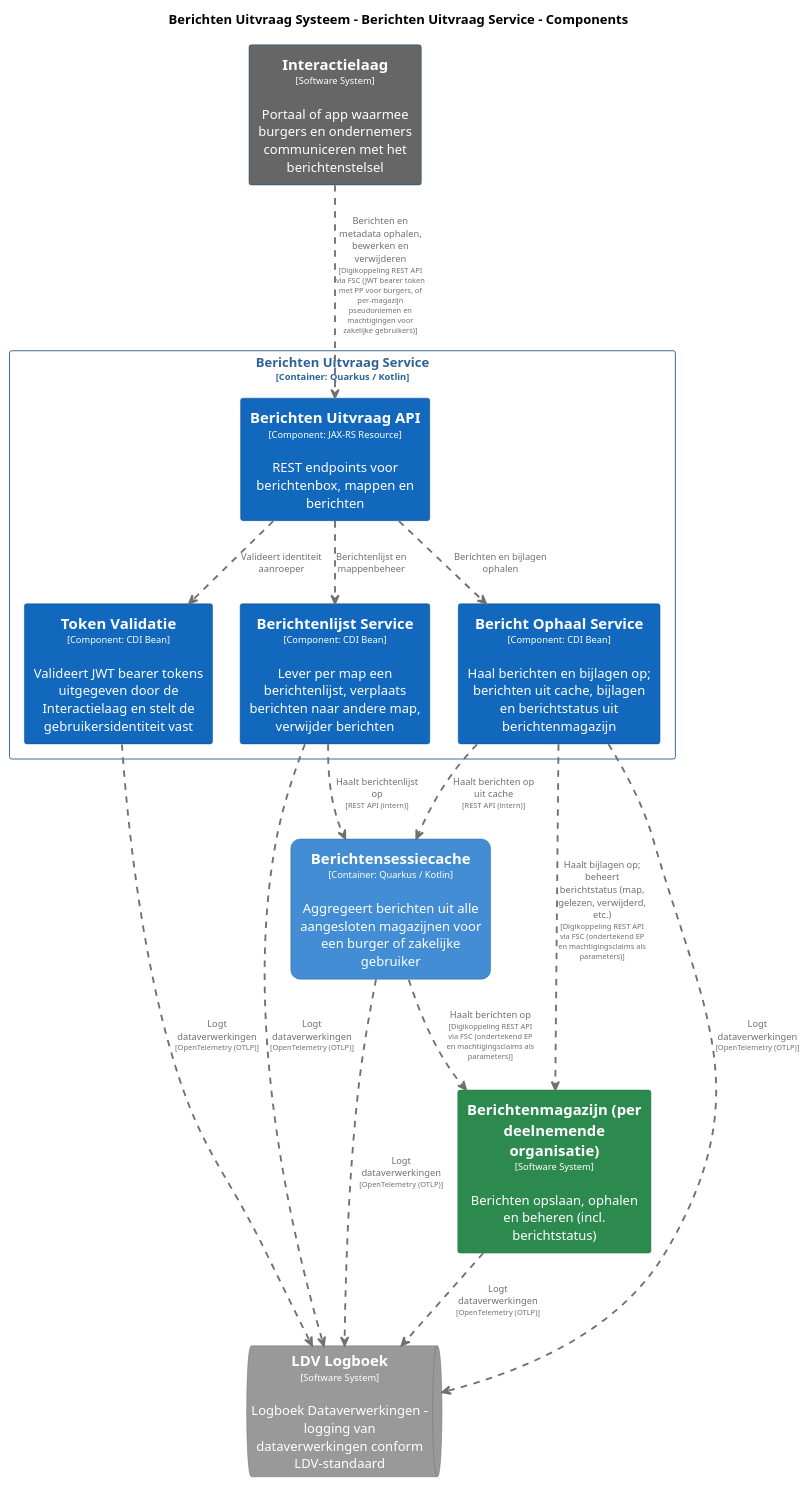
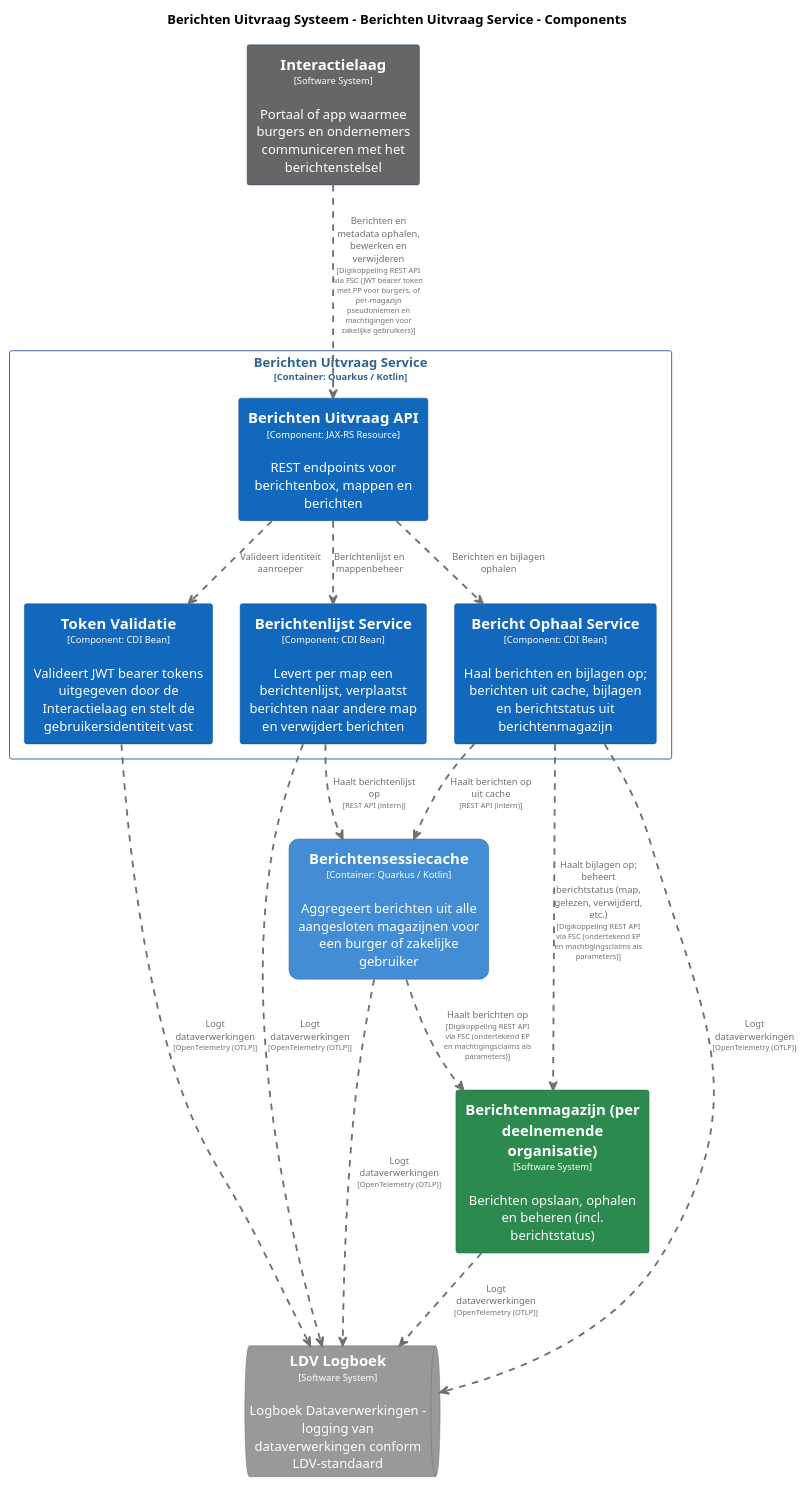
One commit to MinBZK/moza-poc-fbs-berichtenbox changed the diagram in pr-preview/pr-22/master/puml/BerichtenUitvraagServiceComponenten.puml. Above: the diagram before and after it, drawn with PlantUML. The commit also changed 9 other files, not shown here.

```diff
--- a/pr-preview/pr-22/master/puml/BerichtenUitvraagServiceComponenten.puml
+++ b/pr-preview/pr-22/master/puml/BerichtenUitvraagServiceComponenten.puml
@@ -1,98 +1,98 @@
 @startuml
 set separator none
 title Berichten Uitvraag Systeem - Berichten Uitvraag Service - Components
 
 top to bottom direction
 skinparam ranksep 60
 skinparam nodesep 30
 
 skinparam {
   arrowFontSize 10
   defaultTextAlignment center
   wrapWidth 200
   maxMessageSize 100
 }
 
 hide stereotype
 
 skinparam rectangle<<BerichtenUitvraagSysteem.BerichtenUitvraagService.BerichtOphaalService>> {
   BackgroundColor #1168bd
   FontColor #ffffff
   BorderColor #0b4884
   shadowing false
 }
 skinparam rectangle<<BerichtenUitvraagSysteem.BerichtenUitvraagService.BerichtenUitvraagAPI>> {
   BackgroundColor #1168bd
   FontColor #ffffff
   BorderColor #0b4884
   shadowing false
 }
 skinparam rectangle<<BerichtenUitvraagSysteem.BerichtenUitvraagService.BerichtenlijstService>> {
   BackgroundColor #1168bd
   FontColor #ffffff
   BorderColor #0b4884
   shadowing false
 }
 skinparam rectangle<<Berichtenmagazijnperdeelnemendeorganisatie>> {
   BackgroundColor #2d8a4e
   FontColor #ffffff
   BorderColor #1e6b38
   shadowing false
 }
 skinparam rectangle<<BerichtenUitvraagSysteem.Berichtensessiecache>> {
   BackgroundColor #438dd5
   FontColor #ffffff
   BorderColor #2e6295
   roundCorner 20
   shadowing false
 }
 skinparam rectangle<<Interactielaag>> {
   BackgroundColor #666666
   FontColor #ffffff
   BorderColor #0b4884
   shadowing false
 }
 skinparam queue<<LDVLogboek>> {
   BackgroundColor #999999
   FontColor #ffffff
   BorderColor #6b6b6b
   shadowing false
 }
 skinparam rectangle<<BerichtenUitvraagSysteem.BerichtenUitvraagService.TokenValidatie>> {
   BackgroundColor #1168bd
   FontColor #ffffff
   BorderColor #0b4884
   shadowing false
 }
 skinparam rectangle<<BerichtenUitvraagSysteem.BerichtenUitvraagService>> {
   BorderColor #2e6295
   FontColor #2e6295
   shadowing false
 }
 
 rectangle "==Interactielaag\n<size:10>[Software System]</size>\n\nPortaal of app waarmee burgers en ondernemers communiceren met het berichtenstelsel" <<Interactielaag>> as Interactielaag
 rectangle "==Berichtenmagazijn (per deelnemende organisatie)\n<size:10>[Software System]</size>\n\nBerichten opslaan, ophalen en beheren (incl. berichtstatus)" <<Berichtenmagazijnperdeelnemendeorganisatie>> as Berichtenmagazijnperdeelnemendeorganisatie
 rectangle "==Berichtensessiecache\n<size:10>[Container: Quarkus / Kotlin]</size>\n\nAggregeert berichten uit alle aangesloten magazijnen voor een burger of zakelijke gebruiker" <<BerichtenUitvraagSysteem.Berichtensessiecache>> as BerichtenUitvraagSysteem.Berichtensessiecache
 queue "==LDV Logboek\n<size:10>[Software System]</size>\n\nLogboek Dataverwerkingen - logging van dataverwerkingen conform LDV-standaard" <<LDVLogboek>> as LDVLogboek
 
 rectangle "Berichten Uitvraag Service\n<size:10>[Container: Quarkus / Kotlin]</size>" <<BerichtenUitvraagSysteem.BerichtenUitvraagService>> {
   rectangle "==Berichten Uitvraag API\n<size:10>[Component: JAX-RS Resource]</size>\n\nREST endpoints voor berichtenbox, mappen en berichten" <<BerichtenUitvraagSysteem.BerichtenUitvraagService.BerichtenUitvraagAPI>> as BerichtenUitvraagSysteem.BerichtenUitvraagService.BerichtenUitvraagAPI
   rectangle "==Token Validatie\n<size:10>[Component: CDI Bean]</size>\n\nValideert JWT bearer tokens uitgegeven door de Interactielaag en stelt de gebruikersidentiteit vast" <<BerichtenUitvraagSysteem.BerichtenUitvraagService.TokenValidatie>> as BerichtenUitvraagSysteem.BerichtenUitvraagService.TokenValidatie
-  rectangle "==Berichtenlijst Service\n<size:10>[Component: CDI Bean]</size>\n\nLever per map een berichtenlijst, verplaats berichten naar andere map, verwijder berichten" <<BerichtenUitvraagSysteem.BerichtenUitvraagService.BerichtenlijstService>> as BerichtenUitvraagSysteem.BerichtenUitvraagService.BerichtenlijstService
+  rectangle "==Berichtenlijst Service\n<size:10>[Component: CDI Bean]</size>\n\nLevert per map een berichtenlijst, verplaatst berichten naar andere map en verwijdert berichten" <<BerichtenUitvraagSysteem.BerichtenUitvraagService.BerichtenlijstService>> as BerichtenUitvraagSysteem.BerichtenUitvraagService.BerichtenlijstService
   rectangle "==Bericht Ophaal Service\n<size:10>[Component: CDI Bean]</size>\n\nHaal berichten en bijlagen op; berichten uit cache, bijlagen en berichtstatus uit berichtenmagazijn" <<BerichtenUitvraagSysteem.BerichtenUitvraagService.BerichtOphaalService>> as BerichtenUitvraagSysteem.BerichtenUitvraagService.BerichtOphaalService
 }
 
 BerichtenUitvraagSysteem.Berichtensessiecache .[#707070,thickness=2].> Berichtenmagazijnperdeelnemendeorganisatie : "<color:#707070>Haalt berichten op\n<color:#707070><size:8>[Digikoppeling REST API via FSC (ondertekend EP en machtigingsclaims als parameters)]</size>"
 Berichtenmagazijnperdeelnemendeorganisatie .[#707070,thickness=2].> LDVLogboek : "<color:#707070>Logt dataverwerkingen\n<color:#707070><size:8>[OpenTelemetry (OTLP)]</size>"
 BerichtenUitvraagSysteem.Berichtensessiecache .[#707070,thickness=2].> LDVLogboek : "<color:#707070>Logt dataverwerkingen\n<color:#707070><size:8>[OpenTelemetry (OTLP)]</size>"
 BerichtenUitvraagSysteem.BerichtenUitvraagService.TokenValidatie .[#707070,thickness=2].> LDVLogboek : "<color:#707070>Logt dataverwerkingen\n<color:#707070><size:8>[OpenTelemetry (OTLP)]</size>"
 BerichtenUitvraagSysteem.BerichtenUitvraagService.BerichtenlijstService .[#707070,thickness=2].> LDVLogboek : "<color:#707070>Logt dataverwerkingen\n<color:#707070><size:8>[OpenTelemetry (OTLP)]</size>"
 BerichtenUitvraagSysteem.BerichtenUitvraagService.BerichtOphaalService .[#707070,thickness=2].> LDVLogboek : "<color:#707070>Logt dataverwerkingen\n<color:#707070><size:8>[OpenTelemetry (OTLP)]</size>"
 BerichtenUitvraagSysteem.BerichtenUitvraagService.BerichtenUitvraagAPI .[#707070,thickness=2].> BerichtenUitvraagSysteem.BerichtenUitvraagService.TokenValidatie : "<color:#707070>Valideert identiteit aanroeper"
 BerichtenUitvraagSysteem.BerichtenUitvraagService.BerichtenUitvraagAPI .[#707070,thickness=2].> BerichtenUitvraagSysteem.BerichtenUitvraagService.BerichtenlijstService : "<color:#707070>Berichtenlijst en mappenbeheer"
 BerichtenUitvraagSysteem.BerichtenUitvraagService.BerichtenUitvraagAPI .[#707070,thickness=2].> BerichtenUitvraagSysteem.BerichtenUitvraagService.BerichtOphaalService : "<color:#707070>Berichten en bijlagen ophalen"
 BerichtenUitvraagSysteem.BerichtenUitvraagService.BerichtOphaalService .[#707070,thickness=2].> BerichtenUitvraagSysteem.Berichtensessiecache : "<color:#707070>Haalt berichten op uit cache\n<color:#707070><size:8>[REST API (intern)]</size>"
 BerichtenUitvraagSysteem.BerichtenUitvraagService.BerichtenlijstService .[#707070,thickness=2].> BerichtenUitvraagSysteem.Berichtensessiecache : "<color:#707070>Haalt berichtenlijst op\n<color:#707070><size:8>[REST API (intern)]</size>"
 Interactielaag .[#707070,thickness=2].> BerichtenUitvraagSysteem.BerichtenUitvraagService.BerichtenUitvraagAPI : "<color:#707070>Berichten en metadata ophalen, bewerken en verwijderen\n<color:#707070><size:8>[Digikoppeling REST API via FSC (JWT bearer token met PP voor burgers, of per-magazijn pseudoniemen en machtigingen voor zakelijke gebruikers)]</size>"
 BerichtenUitvraagSysteem.BerichtenUitvraagService.BerichtOphaalService .[#707070,thickness=2].> Berichtenmagazijnperdeelnemendeorganisatie : "<color:#707070>Haalt bijlagen op; beheert berichtstatus (map, gelezen, verwijderd, etc.)\n<color:#707070><size:8>[Digikoppeling REST API via FSC (ondertekend EP en machtigingsclaims als parameters)]</size>"
 @enduml
```
